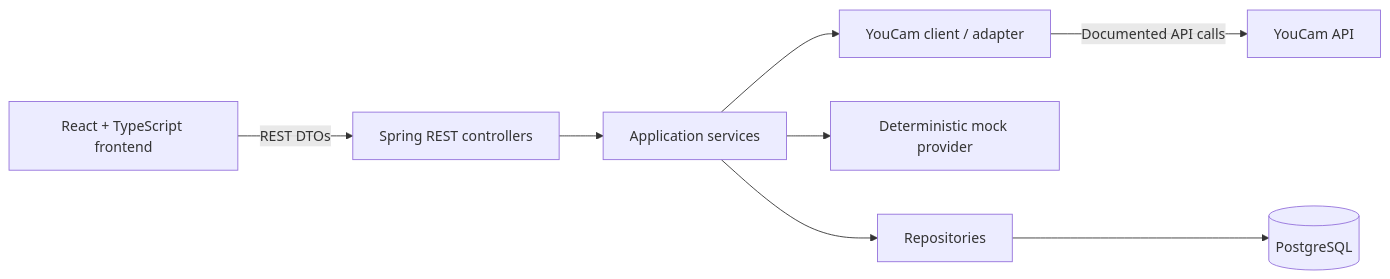
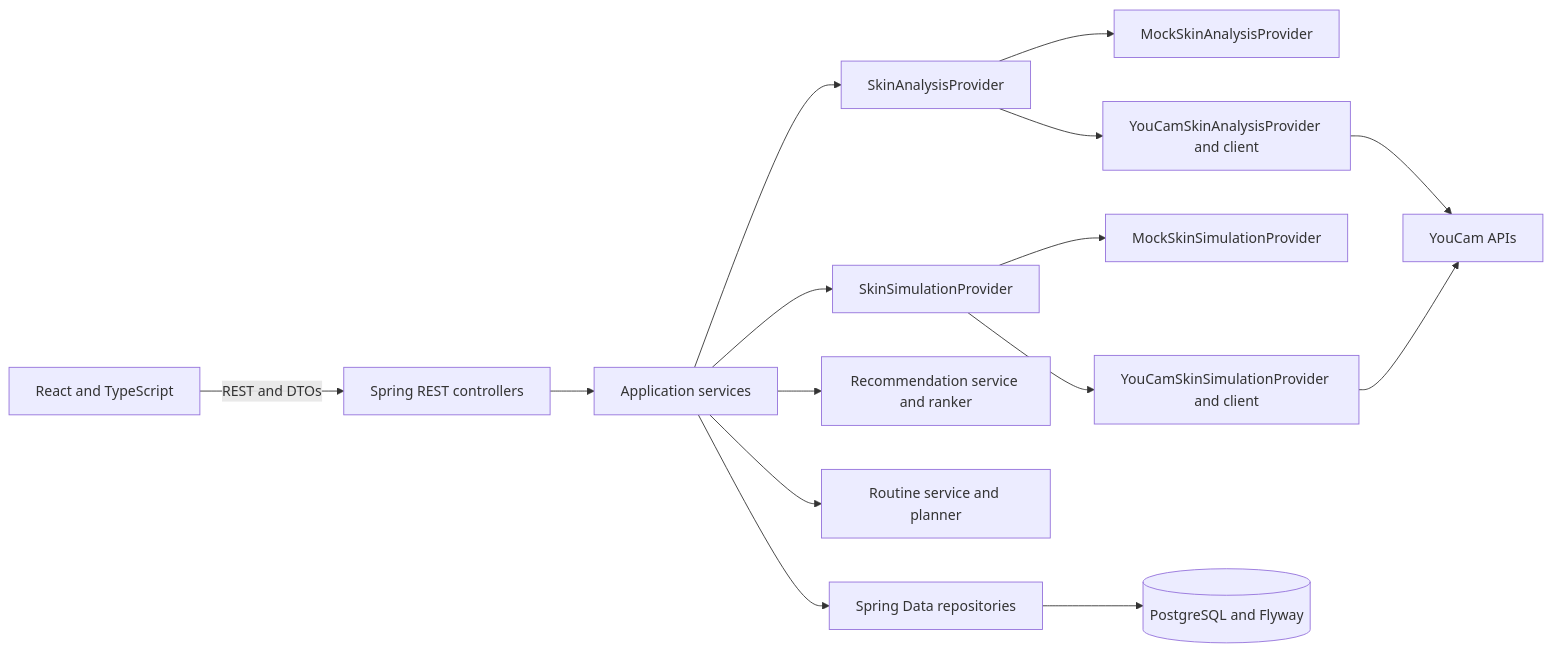
The diagram in docs/architecture.md (RAJAT1SINGH/skincart-ai), drawn with Mermaid before and after one commit. The commit also changed other lines of this file and 158 other files, not shown here.

````diff
--- a/docs/architecture.md
+++ b/docs/architecture.md
@@ -11,19 +9,20 @@
 ```mermaid
 flowchart LR
-    Browser[React + TypeScript frontend]
-    Controller[Spring REST controllers]
-    Service[Application services]
-    Adapter[YouCam client / adapter]
-    Mock[Deterministic mock provider]
-    Repo[Repositories]
-    DB[(PostgreSQL)]
-    YouCam[YouCam API]
+    Browser[React and TypeScript] -->|REST and DTOs| Controllers[Spring REST controllers]
+    Controllers --> Services[Application services]
 
-    Browser -->|REST DTOs| Controller
-    Controller --> Service
-    Service --> Adapter
-    Service --> Mock
-    Service --> Repo
-    Repo --> DB
-    Adapter -->|Documented API calls| YouCam
+    Services --> AnalysisPort[SkinAnalysisProvider]
+    AnalysisPort --> MockAnalysis[MockSkinAnalysisProvider]
+    AnalysisPort --> YouCamAnalysis[YouCamSkinAnalysisProvider and client]
+
+    Services --> SimulationPort[SkinSimulationProvider]
+    SimulationPort --> MockSimulation[MockSkinSimulationProvider]
+    SimulationPort --> YouCamSimulation[YouCamSkinSimulationProvider and client]
+
+    Services --> Recommendation[Recommendation service and ranker]
+    Services --> Routine[Routine service and planner]
+    Services --> Repositories[Spring Data repositories]
+    Repositories --> Database[(PostgreSQL and Flyway)]
+    YouCamAnalysis --> YouCam[YouCam APIs]
+    YouCamSimulation --> YouCam
 ```
````
